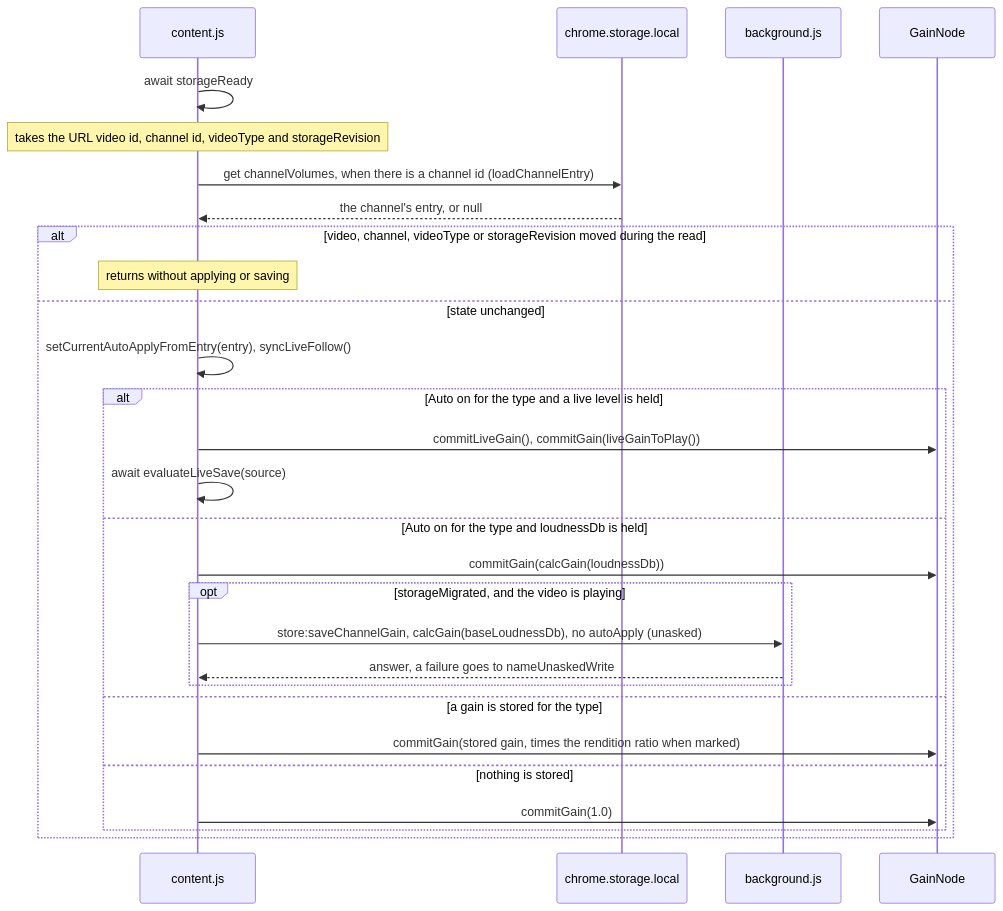
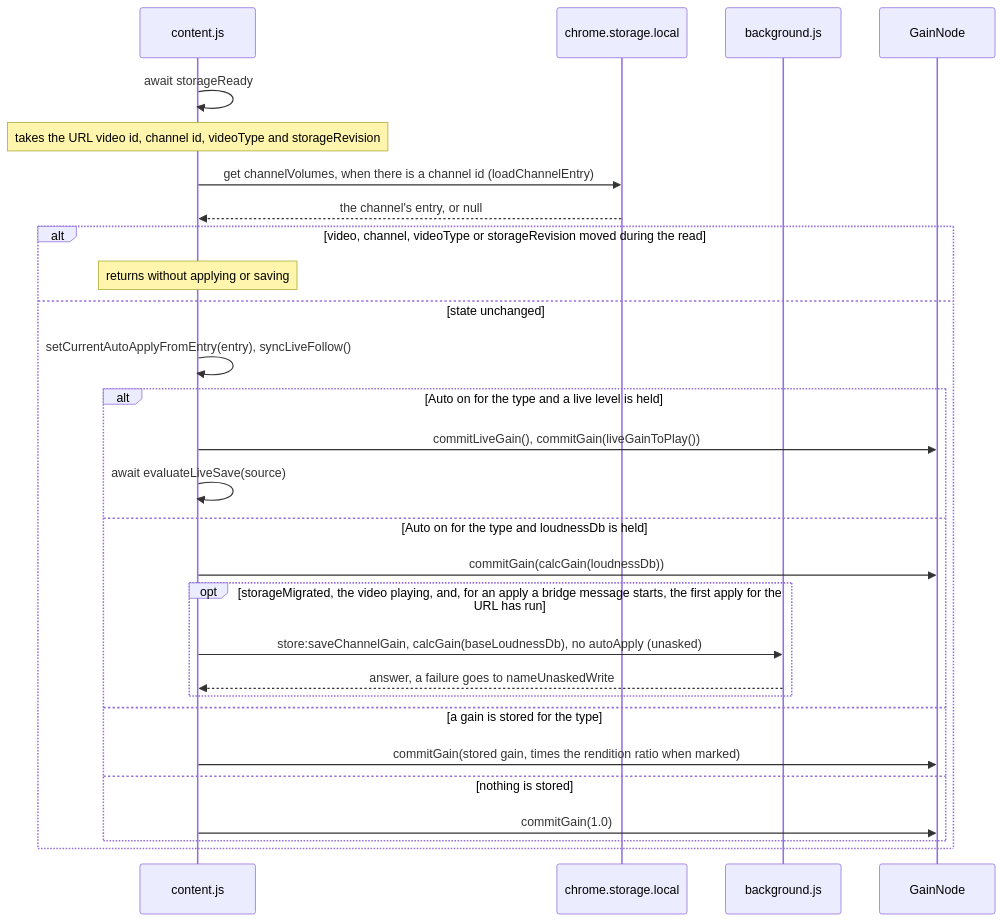
One commit to semnil/yt-channel-volume changed the second of 14 diagrams in docs/gain-change-and-save.md. Above: the diagram before and after it, drawn with Mermaid. The commit also changed other lines of this file and 6 other files, not shown here.

````diff
--- a/docs/gain-change-and-save.md
+++ b/docs/gain-change-and-save.md
@@ -120,30 +120,30 @@
 ```mermaid
 sequenceDiagram
   participant C as content.js
   participant S as chrome.storage.local
   participant W as background.js
   participant G as GainNode
   C->>C: await storageReady
   Note over C: takes the URL video id, channel id, videoType and storageRevision
   C->>S: get channelVolumes, when there is a channel id (loadChannelEntry)
   S-->>C: the channel's entry, or null
   alt video, channel, videoType or storageRevision moved during the read
     Note over C: returns without applying or saving
   else state unchanged
     C->>C: setCurrentAutoApplyFromEntry(entry), syncLiveFollow()
     alt Auto on for the type and a live level is held
       C->>G: commitLiveGain(), commitGain(liveGainToPlay())
       C->>C: await evaluateLiveSave(source)
     else Auto on for the type and loudnessDb is held
       C->>G: commitGain(calcGain(loudnessDb))
-      opt storageMigrated, and the video is playing
+      opt storageMigrated, the video playing, and, for an apply a bridge message starts, the first apply for the URL has run
         C->>W: store:saveChannelGain, calcGain(baseLoudnessDb), no autoApply (unasked)
         W-->>C: answer, a failure goes to nameUnaskedWrite
       end
     else a gain is stored for the type
       C->>G: commitGain(stored gain, times the rendition ratio when marked)
     else nothing is stored
       C->>G: commitGain(1.0)
     end
   end
 ```
````
